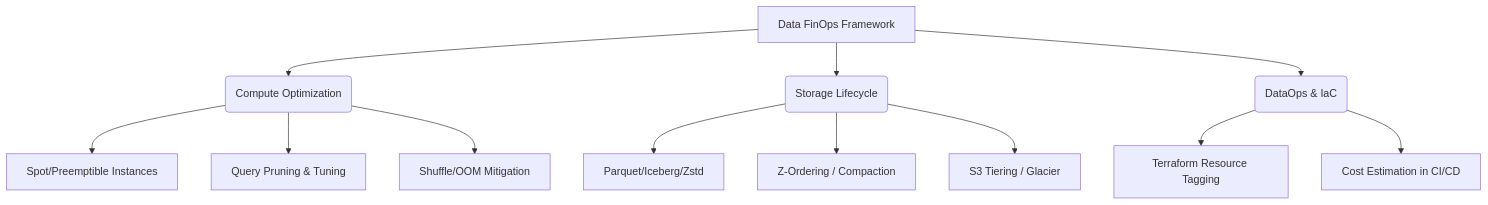
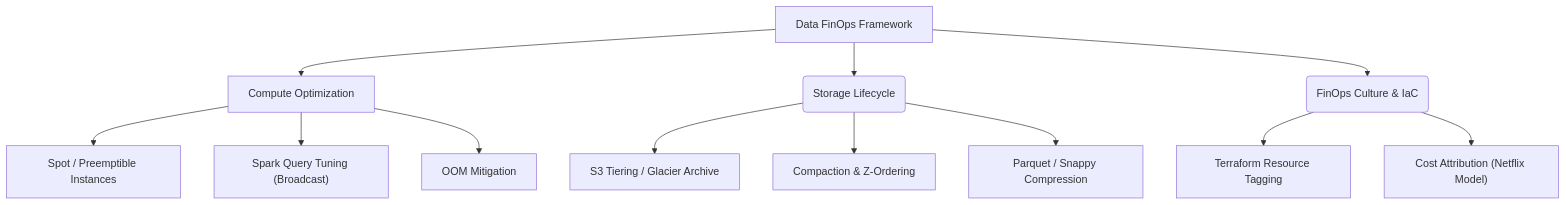
Before and after one commit to kythuatdulieu/kythuatdulieu.github.io: the diagram in src/content/docs/concepts/8-security-governance-finops/finops-data-engineering.md, drawn with Mermaid. The commit also changed other lines of this file and 213 other files, not shown here.

Commit message:
Fix syntax and rewrite 200+ concepts docs to deep-dive system architecture and add GA4 tracking to quiz app

````diff
--- a/src/content/docs/concepts/8-security-governance-finops/finops-data-engineering.md
+++ b/src/content/docs/concepts/8-security-governance-finops/finops-data-engineering.md
@@ -22,14 +29,17 @@
 ```mermaid
 graph TD
-    A["Data FinOps Framework"] --> B("Compute Optimization")
+    A["Data FinOps Framework"] --> B["Compute Optimization"]
     A --> C("Storage Lifecycle")
-    A --> D("DataOps & IaC")
-    B --> B1["Spot/Preemptible Instances"]
-    B --> B2["Query Pruning & Tuning"]
-    B --> B3["Shuffle/OOM Mitigation"]
-    C --> C1["Parquet/Iceberg/Zstd"]
-    C --> C2["Z-Ordering / Compaction"]
-    C --> C3["S3 Tiering / Glacier"]
+    A --> D("FinOps Culture & IaC")
+    
+    B --> B1["Spot / Preemptible Instances"]
+    B --> B2["Spark Query Tuning (Broadcast)"]
+    B --> B3["OOM Mitigation"]
+    
+    C --> C1["S3 Tiering / Glacier Archive"]
+    C --> C2["Compaction & Z-Ordering"]
+    C --> C3["Parquet / Snappy Compression"]
+    
     D --> D1["Terraform Resource Tagging"]
-    D --> D2["Cost Estimation in CI/CD"]
+    D --> D2["Cost Attribution (Netflix Model)"]
 ```
````
